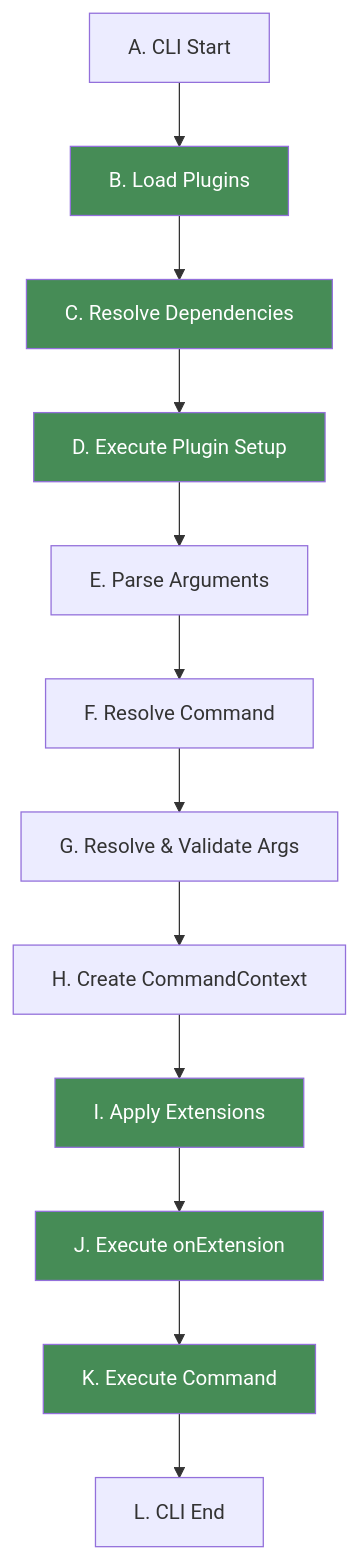
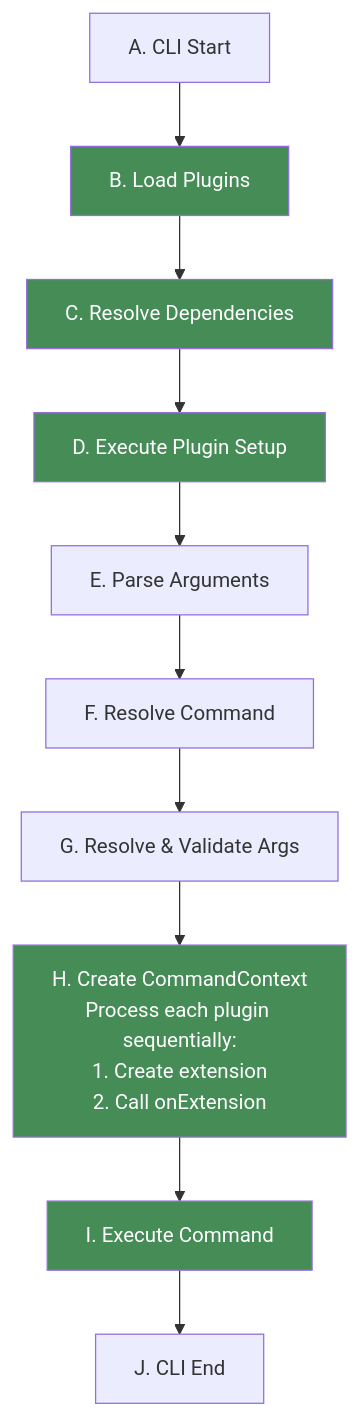
The first of 2 diagrams in packages/docs/src/guide/plugin/lifecycle.md (kazupon/gunshi), drawn with Mermaid before and after one commit. The commit also changed other lines of this file and 4 other files, not shown here.

````diff
--- a/packages/docs/src/guide/plugin/lifecycle.md
+++ b/packages/docs/src/guide/plugin/lifecycle.md
@@ -9,21 +9,18 @@
 ```mermaid
 graph TD
     A[A. CLI Start] --> B[B. Load Plugins]
     B --> C[C. Resolve Dependencies]
     C --> D[D. Execute Plugin Setup]
     D --> E[E. Parse Arguments]
     E --> F[F. Resolve Command]
     F --> G[G. Resolve & Validate Args]
-    G --> H[H. Create CommandContext]
-    H --> I[I. Apply Extensions]
-    I --> J[J. Execute onExtension]
-    J --> K[K. Execute Command]
-    K --> L[L. CLI End]
+    G --> H[H. Create CommandContext<br/>Process each plugin sequentially:<br/>1. Create extension<br/>2. Call onExtension]
+    H --> I[I. Execute Command]
+    I --> J[J. CLI End]
 
     style B fill:#468c56,color:white
     style C fill:#468c56,color:white
     style D fill:#468c56,color:white
+    style H fill:#468c56,color:white
     style I fill:#468c56,color:white
-    style J fill:#468c56,color:white
-    style K fill:#468c56,color:white
 ```
````
